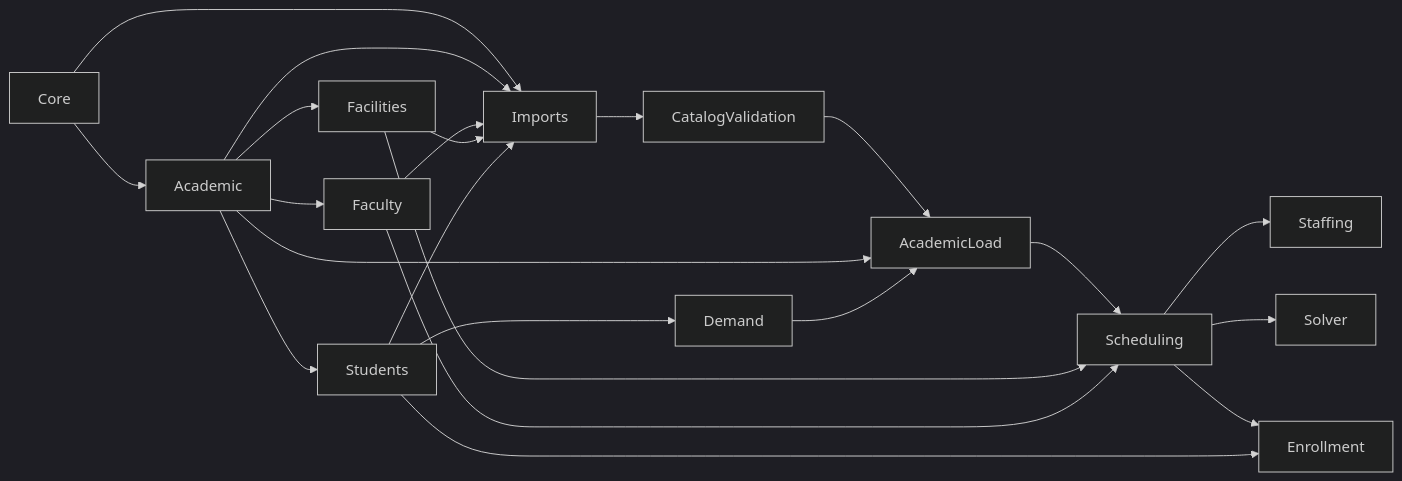
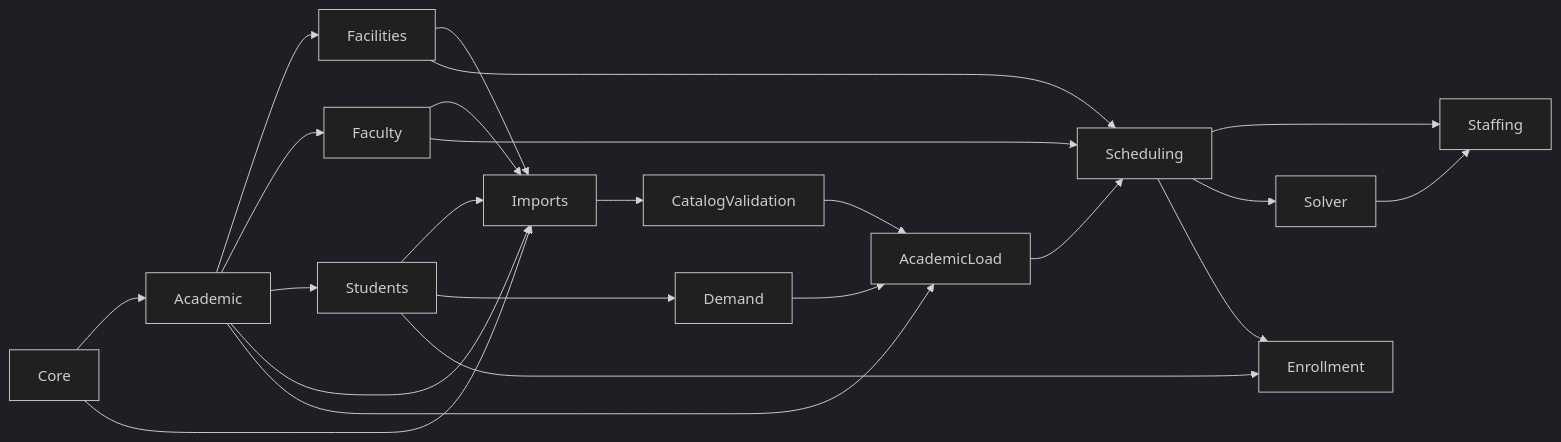
Before and after one commit to Erne1357/nexus: the first of 5 diagrams in docs/dominio/modelo-de-datos.md, drawn with Mermaid (dark theme). The commit also changed other lines of this file and 4 other files, not shown here.

First line of the commit message:
docs(decisiones): let Staffing depend on Solver (ADR-0029)

````diff
--- a/docs/dominio/modelo-de-datos.md
+++ b/docs/dominio/modelo-de-datos.md
@@ -14,21 +14,21 @@
 ```mermaid
 flowchart LR
     Core --> Academic --> Facilities
     Academic --> Faculty
     Academic --> Students
     Core --> Imports
     Academic --> Imports
     Faculty --> Imports
     Facilities --> Imports
     Students --> Imports
     Imports --> CatalogValidation
     CatalogValidation --> AcademicLoad
     Academic --> AcademicLoad
     Students --> Demand --> AcademicLoad
     AcademicLoad --> Scheduling
     Facilities --> Scheduling
     Faculty --> Scheduling --> Staffing
-    Scheduling --> Solver
+    Scheduling --> Solver --> Staffing
     Scheduling --> Enrollment
     Students --> Enrollment
 ```
````
